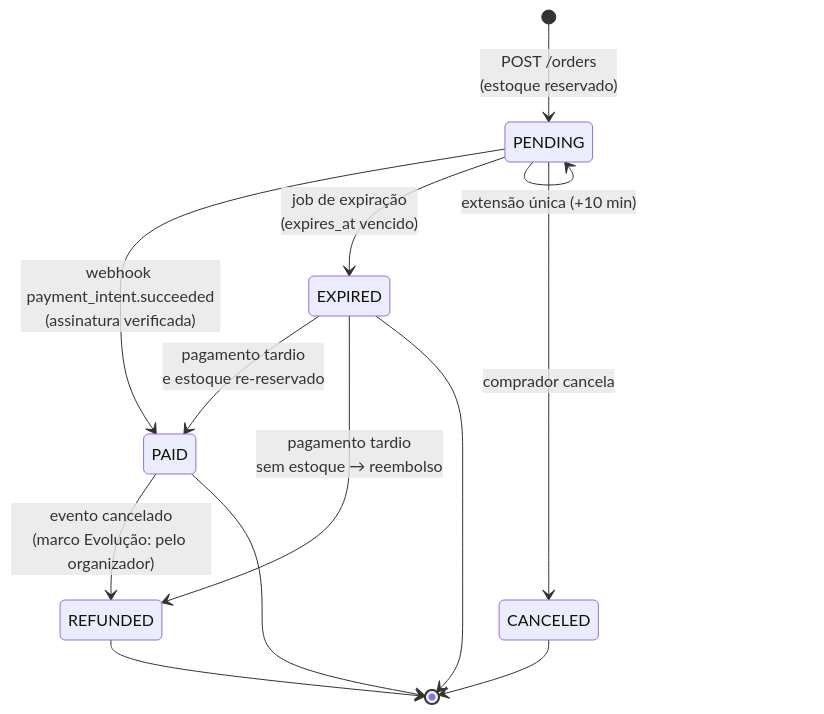
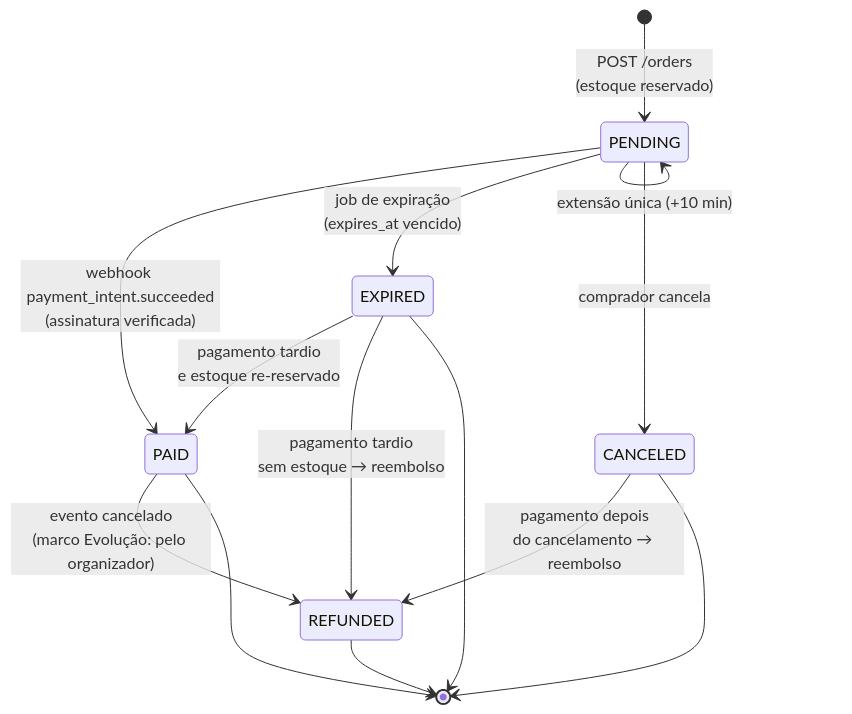
Before and after one commit to joaomenkdev-cloud/vira: the second of 4 diagrams in docs/DATA_MODEL.md, drawn with Mermaid. The commit also changed other lines of this file and 4 other files, not shown here.

````diff
--- a/docs/DATA_MODEL.md
+++ b/docs/DATA_MODEL.md
@@ -422,15 +422,16 @@
 ```mermaid
 stateDiagram-v2
     [*] --> PENDING: POST /orders<br/>(estoque reservado)
     PENDING --> PAID: webhook payment_intent.succeeded<br/>(assinatura verificada)
     PENDING --> EXPIRED: job de expiração<br/>(expires_at vencido)
     PENDING --> CANCELED: comprador cancela
     PENDING --> PENDING: extensão única (+10 min)
     EXPIRED --> PAID: pagamento tardio<br/>e estoque re-reservado
     EXPIRED --> REFUNDED: pagamento tardio<br/>sem estoque → reembolso
+    CANCELED --> REFUNDED: pagamento depois<br/>do cancelamento → reembolso
     PAID --> REFUNDED: evento cancelado<br/>(marco Evolução: pelo organizador)
     PAID --> [*]
     EXPIRED --> [*]
     CANCELED --> [*]
     REFUNDED --> [*]
 ```
````
